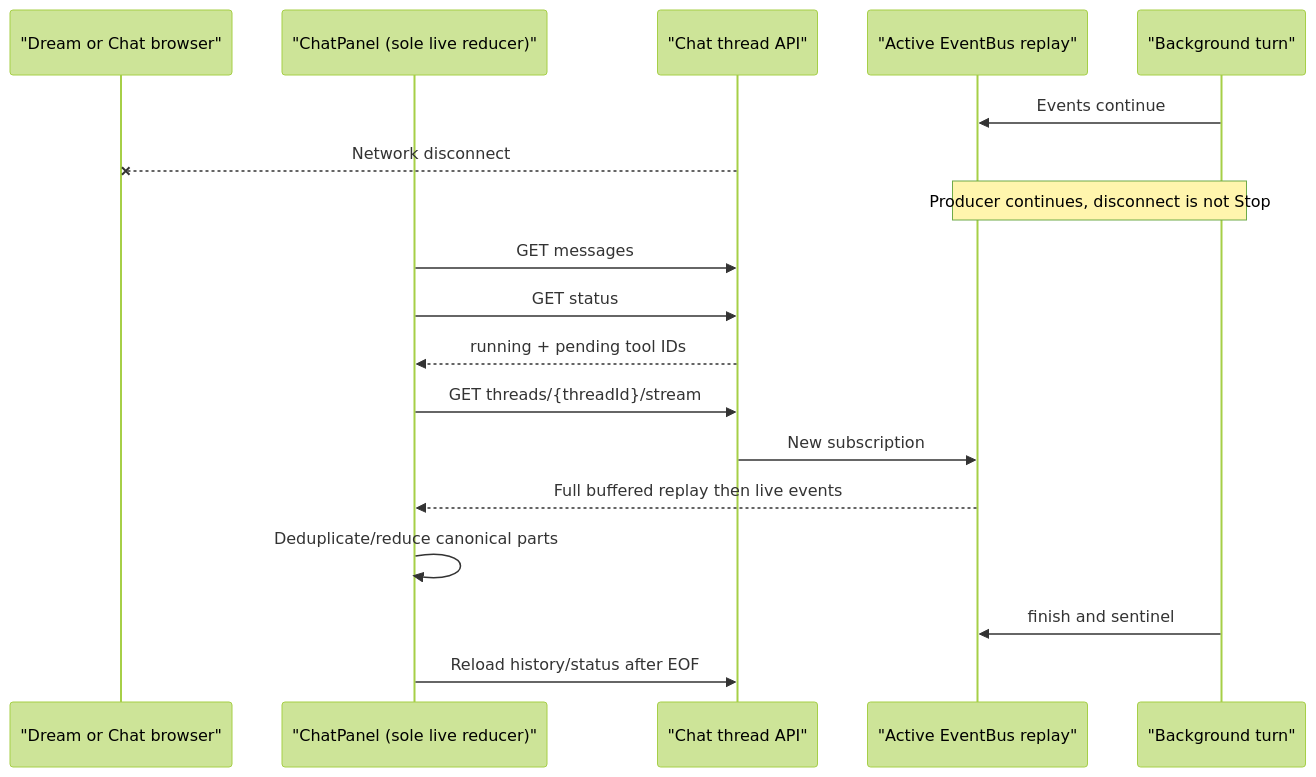
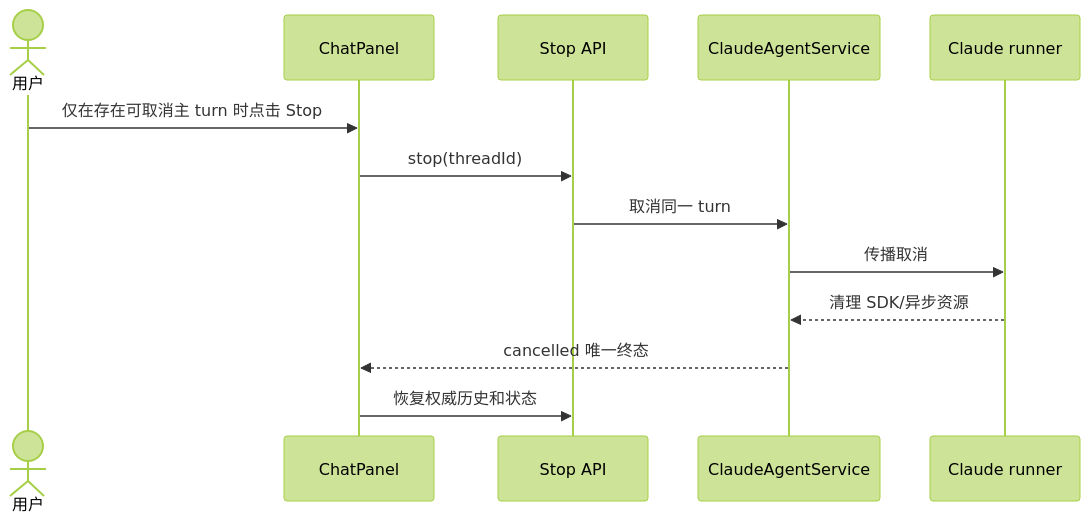
Before and after one commit to glide-the/im-dream: the fifth of 10 diagrams in docs/design/dream-agent/interaction-design.md, drawn with Mermaid (forest theme). The commit also changed other lines of this file and 99 other files, not shown here.

````diff
--- a/docs/design/dream-agent/interaction-design.md
+++ b/docs/design/dream-agent/interaction-design.md
@@ -342,21 +105,15 @@
 ```mermaid
 sequenceDiagram
-    participant Browser as "Dream or Chat browser"
-    participant Ctrl as "ChatPanel (sole live reducer)"
-    participant API as "Chat thread API"
-    participant Bus as "Active EventBus replay"
-    participant Runtime as "Background turn"
-
-    Runtime->>Bus: Events continue
-    API--xBrowser: Network disconnect
-    Note over Runtime,Bus: Producer continues, disconnect is not Stop
-    Ctrl->>API: GET messages
-    Ctrl->>API: GET status
-    API-->>Ctrl: running + pending tool IDs
-    Ctrl->>API: GET threads/{threadId}/stream
-    API->>Bus: New subscription
-    Bus-->>Ctrl: Full buffered replay then live events
-    Ctrl->>Ctrl: Deduplicate/reduce canonical parts
-    Runtime->>Bus: finish and sentinel
-    Ctrl->>API: Reload history/status after EOF
+    actor U as 用户
+    participant P as ChatPanel
+    participant API as Stop API
+    participant S as ClaudeAgentService
+    participant R as Claude runner
+    U->>P: 仅在存在可取消主 turn 时点击 Stop
+    P->>API: stop(threadId)
+    API->>S: 取消同一 turn
+    S->>R: 传播取消
+    R-->>S: 清理 SDK/异步资源
+    S-->>P: cancelled 唯一终态
+    P->>API: 恢复权威历史和状态
 ```
````
